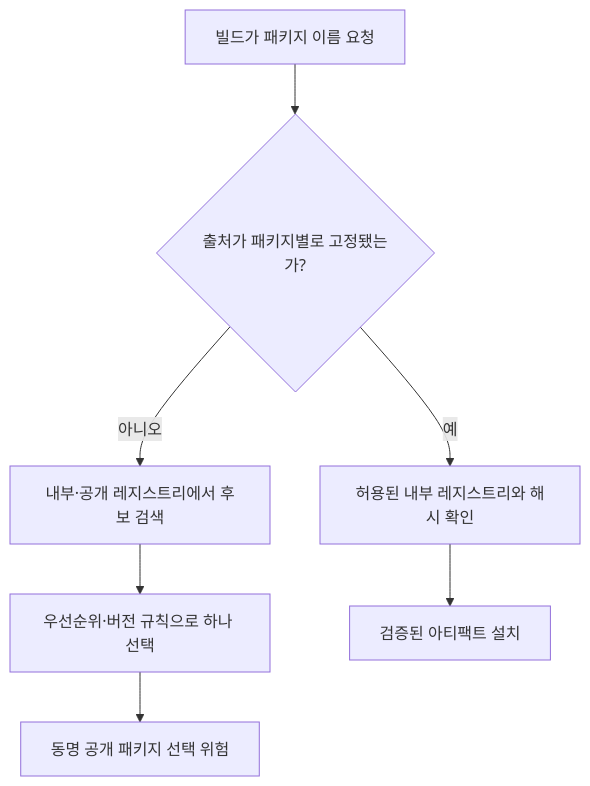
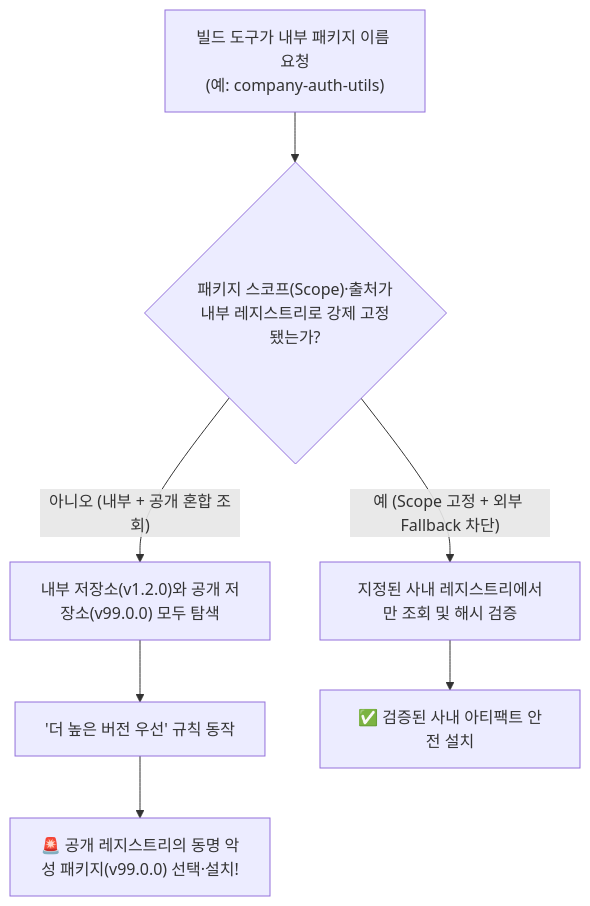
The second of 2 diagrams in content/웹취약점/웹 취약점 진단 — 공급망·의존성 보안(SCA와 악성 패키지).md (gooyong-sec/gooyong-sec.github.io), drawn with Mermaid before and after one commit. The commit also changed other lines of this file and 68 other files, not shown here.

````diff
--- a/content/웹취약점/웹 취약점 진단 — 공급망·의존성 보안(SCA와 악성 패키지).md
+++ b/content/웹취약점/웹 취약점 진단 — 공급망·의존성 보안(SCA와 악성 패키지).md
@@ -35,9 +69,9 @@
 ```mermaid
 flowchart TD
-    A["빌드가 패키지 이름 요청"] --> B{"출처가 패키지별로 고정됐는가?"}
-    B -->|아니오| C["내부·공개 레지스트리에서 후보 검색"]
-    C --> D["우선순위·버전 규칙으로 하나 선택"]
-    D --> E["동명 공개 패키지 선택 위험"]
-    B -->|예| F["허용된 내부 레지스트리와 해시 확인"]
-    F --> G["검증된 아티팩트 설치"]
+    A["빌드 도구가 내부 패키지 이름 요청<br/>(예: company-auth-utils)"] --> B{"패키지 스코프(Scope)·출처가<br/>내부 레지스트리로 강제 고정됐는가?"}
+    B -->|"아니오 (내부 + 공개 혼합 조회)"| C["내부 저장소(v1.2.0)와 공개 저장소(v99.0.0) 모두 탐색"]
+    C --> D["'더 높은 버전 우선' 규칙 동작"]
+    D --> E["🚨 공개 레지스트리의 동명 악성 패키지(v99.0.0) 선택·설치!"]
+    B -->|"예 (Scope 고정 + 외부 Fallback 차단)"| F["지정된 사내 레지스트리에서만 조회 및 해시 검증"]
+    F --> G["✅ 검증된 사내 아티팩트 안전 설치"]
 ```
````
